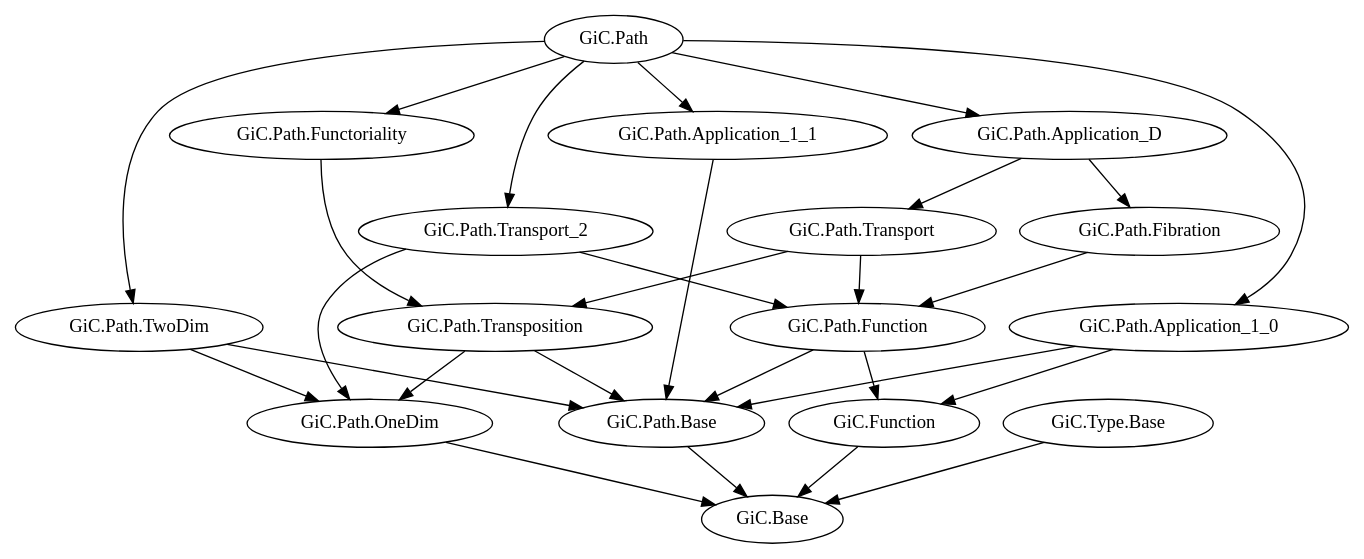
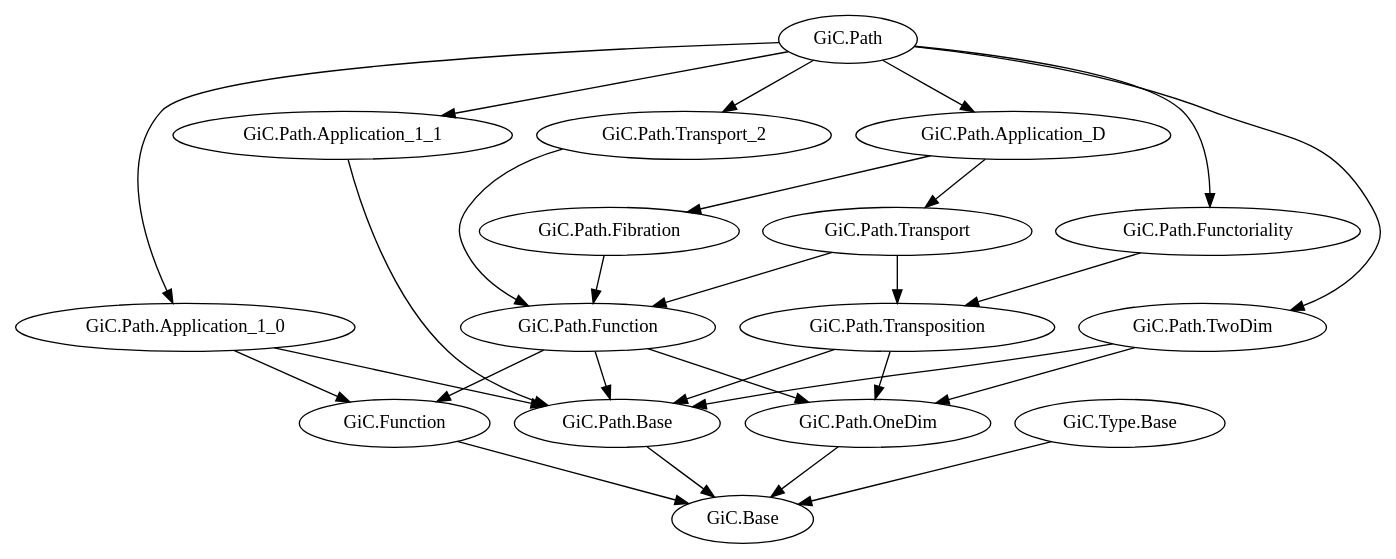
Before and after one commit to Hexirp/googology-in-coq: the diagram in documents/libraries-tred.gv, drawn with Graphviz. The commit also changed 3 other files, not shown here.

```diff
--- a/documents/libraries-tred.gv
+++ b/documents/libraries-tred.gv
@@ -1,60 +1,60 @@
 digraph dependency_graph_tred {
   # GiC.Base
 
   # GiC.Function
   "GiC.Function" -> "GiC.Base";
 
   # GiC.Path.Base
   "GiC.Path.Base" -> "GiC.Base";
 
+  # GiC.Path.OneDim
+  "GiC.Path.OneDim" -> "GiC.Base";
+
   # GiC.Path.Function
   "GiC.Path.Function" -> "GiC.Function";
   "GiC.Path.Function" -> "GiC.Path.Base";
-
-  # GiC.Path.OneDim
-  "GiC.Path.OneDim" -> "GiC.Base";
+  "GiC.Path.Function" -> "GiC.Path.OneDim";
 
   # GiC.Path.TwoDim
   "GiC.Path.TwoDim" -> "GiC.Path.Base";
   "GiC.Path.TwoDim" -> "GiC.Path.OneDim";
 
   # GiC.Path.Transposition
   "GiC.Path.Transposition" -> "GiC.Path.Base";
   "GiC.Path.Transposition" -> "GiC.Path.OneDim";
 
   # GiC.Path.Functoriality
   "GiC.Path.Functoriality" -> "GiC.Path.Transposition";
 
   # GiC.Path.Application_1_0
   "GiC.Path.Application_1_0" -> "GiC.Function";
   "GiC.Path.Application_1_0" -> "GiC.Path.Base";
 
   # GiC.Path.Application_1_1
   "GiC.Path.Application_1_1" -> "GiC.Path.Base";
 
   # GiC.Path.Transport
   "GiC.Path.Transport" -> "GiC.Path.Function";
   "GiC.Path.Transport" -> "GiC.Path.Transposition";
 
   # GiC.Path.Fibration
   "GiC.Path.Fibration" -> "GiC.Path.Function";
 
   # GiC.Path.Transport_2
   "GiC.Path.Transport_2" -> "GiC.Path.Function";
-  "GiC.Path.Transport_2" -> "GiC.Path.OneDim";
 
   # GiC.Path.Application_D
   "GiC.Path.Application_D" -> "GiC.Path.Transport";
   "GiC.Path.Application_D" -> "GiC.Path.Fibration";
 
   # GiC.Path
   "GiC.Path" -> "GiC.Path.TwoDim";
   "GiC.Path" -> "GiC.Path.Functoriality";
   "GiC.Path" -> "GiC.Path.Application_1_0";
   "GiC.Path" -> "GiC.Path.Application_1_1";
   "GiC.Path" -> "GiC.Path.Transport_2";
   "GiC.Path" -> "GiC.Path.Application_D";
 
   # GiC.Type.Base
   "GiC.Type.Base" -> "GiC.Base";
 }
```
